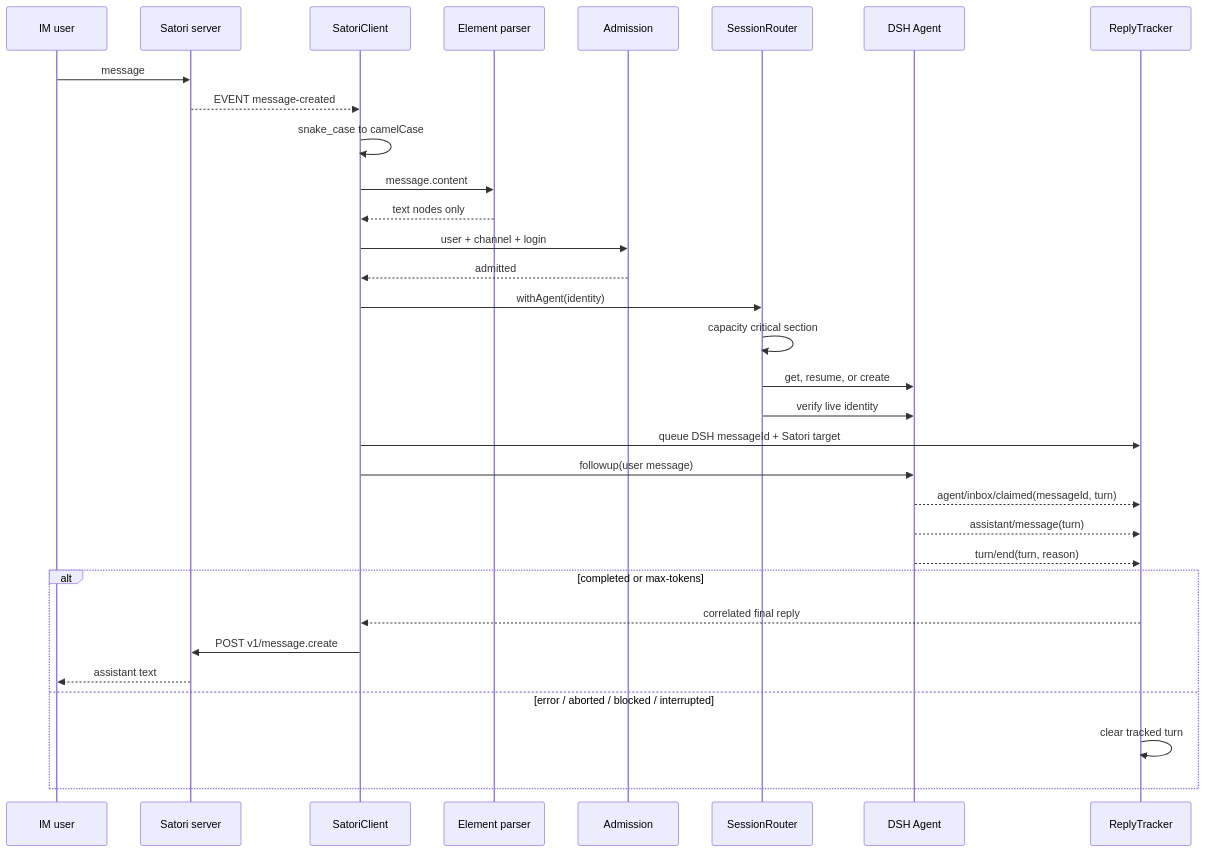
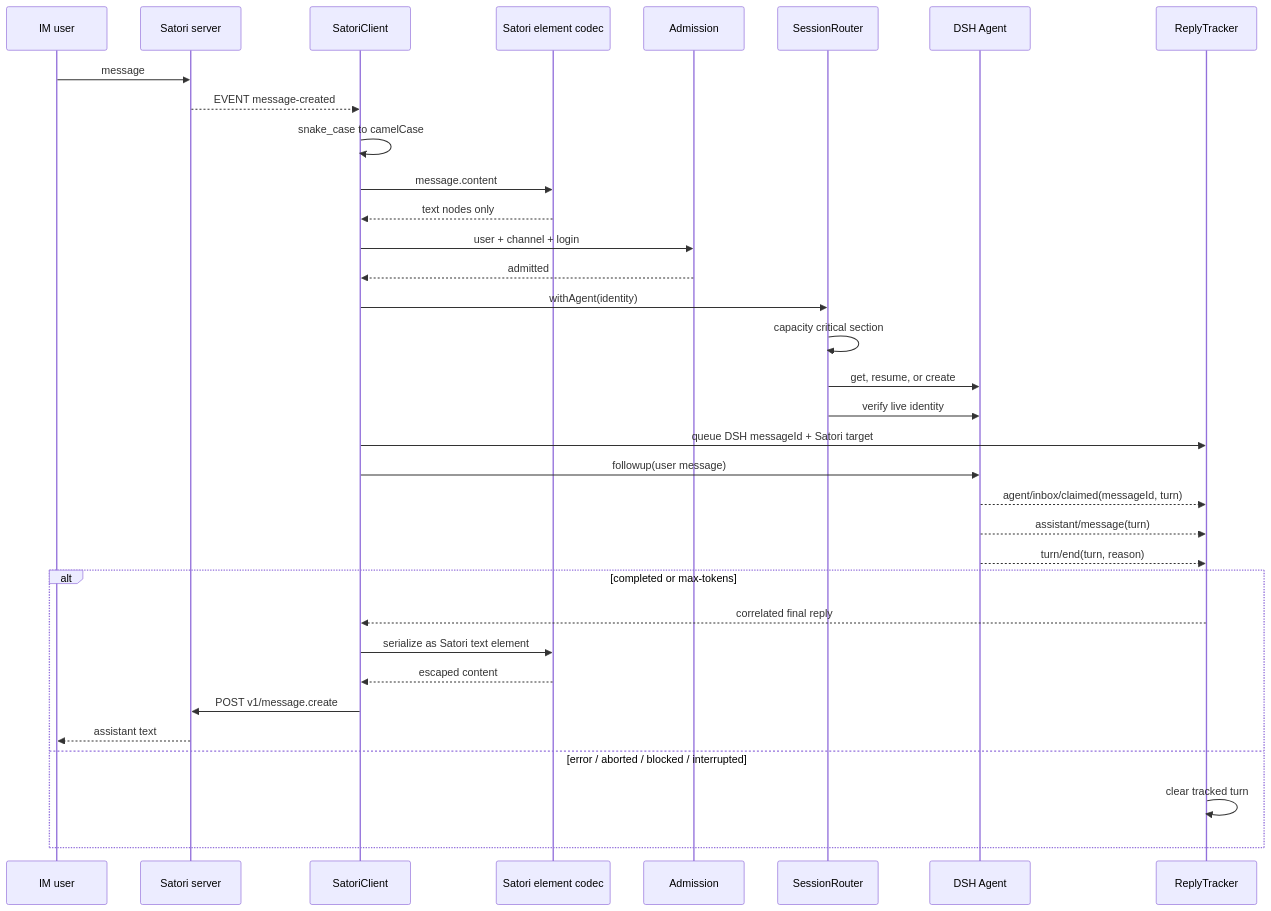
One commit to Ri0n72Y/dsh-satori changed the diagram in docs/data-flow.md. Above: the diagram before and after it, drawn with Mermaid.

Commit message:
docs: show outbound Satori element encoding

````diff
--- a/docs/data-flow.md
+++ b/docs/data-flow.md
@@ -3,35 +3,37 @@
 ```mermaid
 sequenceDiagram
     participant U as IM user
     participant S as Satori server
     participant C as SatoriClient
-    participant E as Element parser
+    participant E as Satori element codec
     participant G as Admission
     participant R as SessionRouter
     participant A as DSH Agent
     participant T as ReplyTracker
 
     U->>S: message
     S-->>C: EVENT message-created
     C->>C: snake_case to camelCase
     C->>E: message.content
     E-->>C: text nodes only
     C->>G: user + channel + login
     G-->>C: admitted
     C->>R: withAgent(identity)
     R->>R: capacity critical section
     R->>A: get, resume, or create
     R->>A: verify live identity
     C->>T: queue DSH messageId + Satori target
     C->>A: followup(user message)
     A-->>T: agent/inbox/claimed(messageId, turn)
     A-->>T: assistant/message(turn)
     A-->>T: turn/end(turn, reason)
     alt completed or max-tokens
         T-->>C: correlated final reply
+        C->>E: serialize as Satori text element
+        E-->>C: escaped content
         C->>S: POST v1/message.create
         S-->>U: assistant text
     else error / aborted / blocked / interrupted
         T->>T: clear tracked turn
     end
 ```
````
